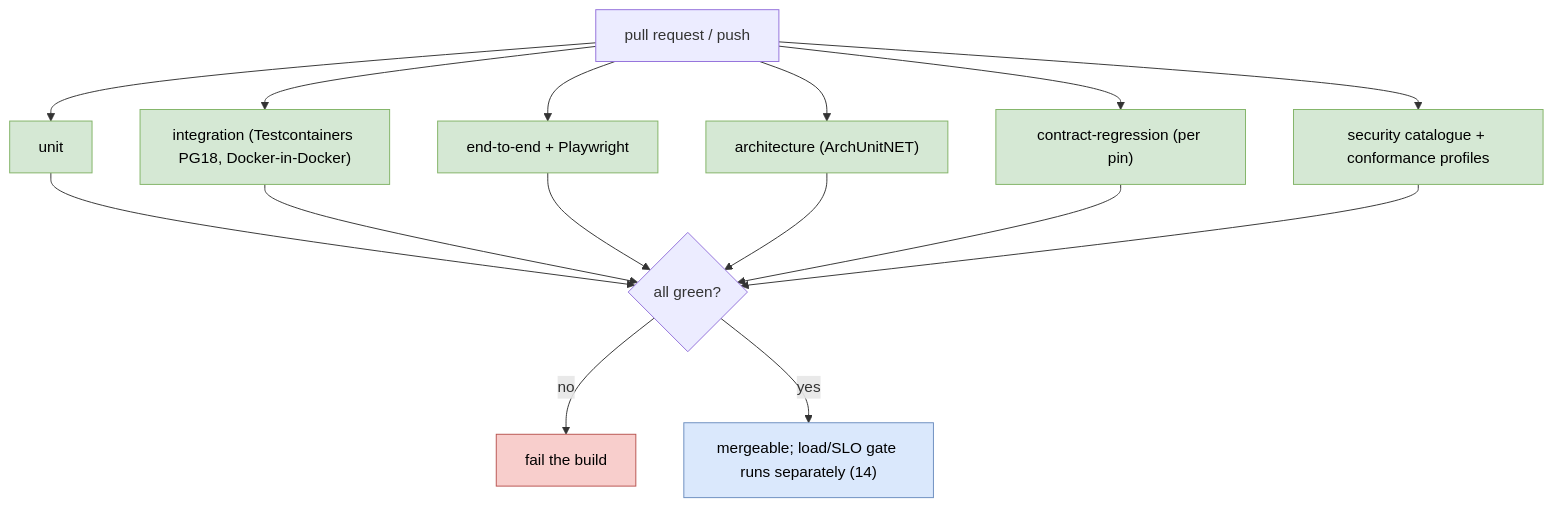
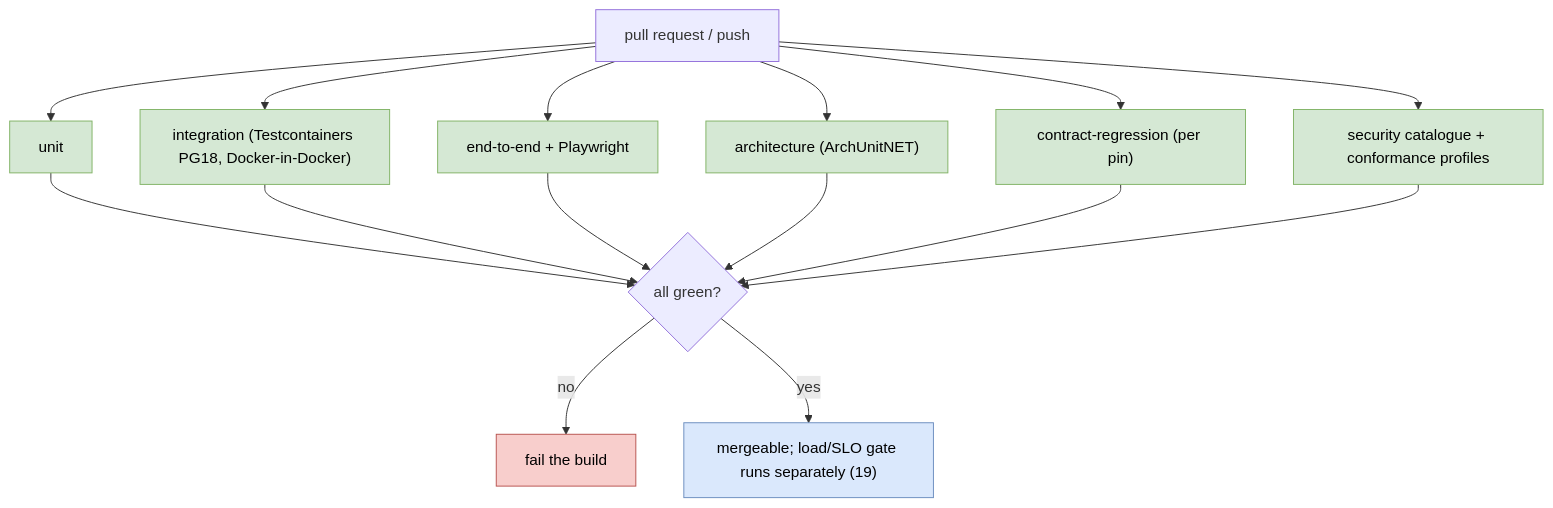
One commit to namphuongtran/nami changed the diagram in docs/design/20-testing.md. Above: the diagram before and after it, drawn with Mermaid. The commit also changed other lines of this file and 15 other files, not shown here.

````diff
--- a/docs/design/20-testing.md
+++ b/docs/design/20-testing.md
@@ -168,20 +168,20 @@
 ```mermaid
 flowchart TD
   PR["pull request / push"] --> U["unit"]:::ok
   PR --> I["integration (Testcontainers PG18, Docker-in-Docker)"]:::ok
   PR --> E["end-to-end + Playwright"]:::ok
   PR --> A["architecture (ArchUnitNET)"]:::ok
   PR --> C["contract-regression (per pin)"]:::ok
   PR --> S["security catalogue + conformance profiles"]:::ok
   U --> G{"all green?"}
   I --> G
   E --> G
   A --> G
   C --> G
   S --> G
   G -->|no| X["fail the build"]:::bad
-  G -->|yes| M["mergeable; load/SLO gate runs separately (14)"]:::port
+  G -->|yes| M["mergeable; load/SLO gate runs separately (19)"]:::port
   classDef ok fill:#d5e8d4,stroke:#82b366,color:#000000;
   classDef bad fill:#f8cecc,stroke:#b85450,color:#000000;
   classDef port fill:#dae8fc,stroke:#6c8ebf,color:#000000;
 ```
````
